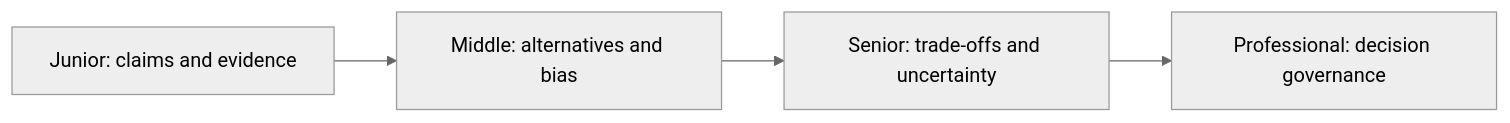
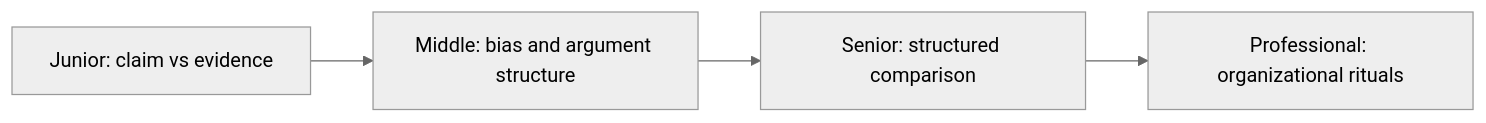
One commit to flynn3103/engineer-knowledge changed the first of 2 diagrams in craftsmanship/engineering-thinking/04-critical-thinking/README.md. Above: the diagram before and after it, drawn with Mermaid (neutral theme). The commit also changed other lines of this file and 41 other files, not shown here.

````diff
--- a/craftsmanship/engineering-thinking/04-critical-thinking/README.md
+++ b/craftsmanship/engineering-thinking/04-critical-thinking/README.md
@@ -5,6 +5,6 @@
 ```mermaid
 flowchart LR
-    J[Junior: claims and evidence] --> M[Middle: alternatives and bias]
-    M --> S[Senior: trade-offs and uncertainty]
-    S --> P[Professional: decision governance]
+    J[Junior: claim vs evidence] --> M[Middle: bias and argument structure]
+    M --> S[Senior: structured comparison]
+    S --> P[Professional: organizational rituals]
 ```
````
